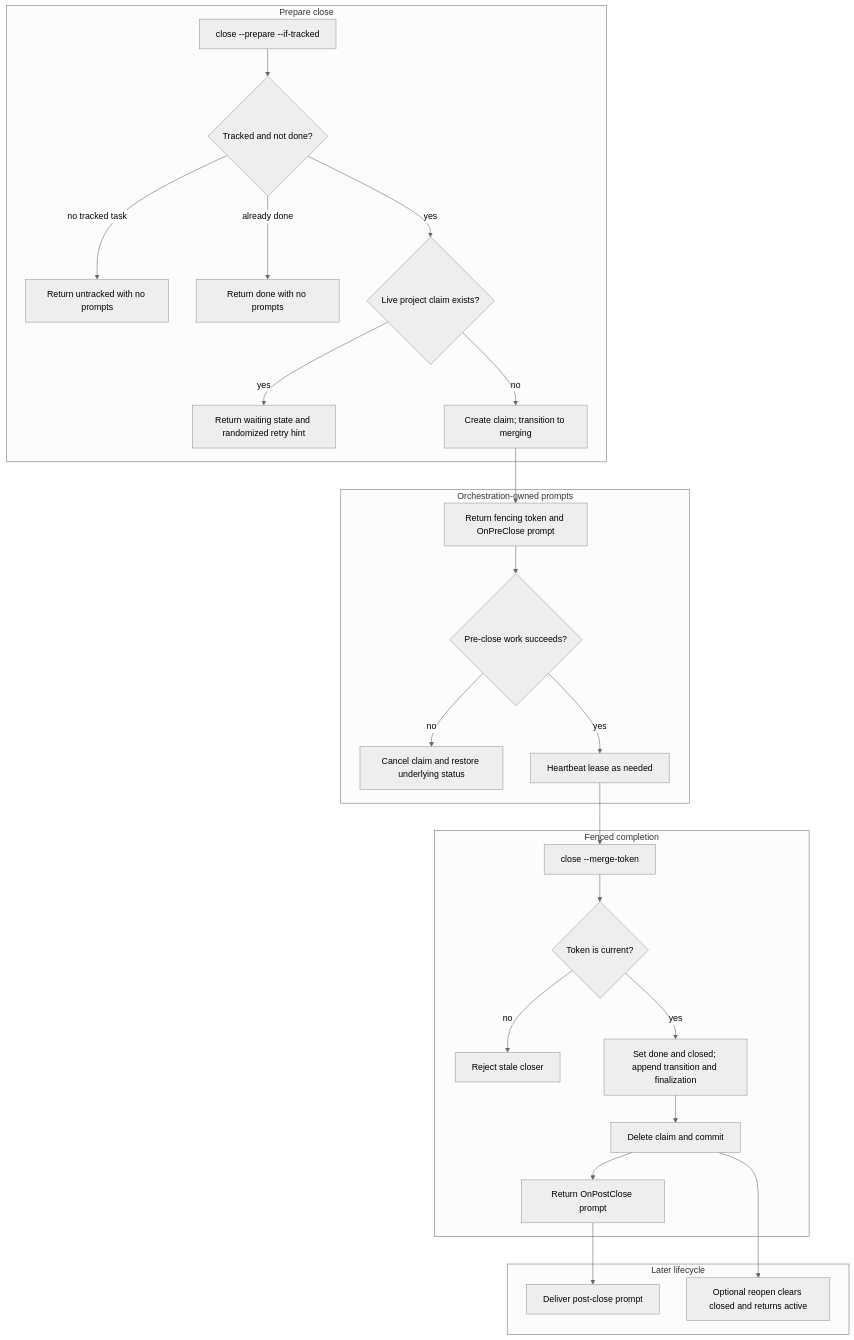
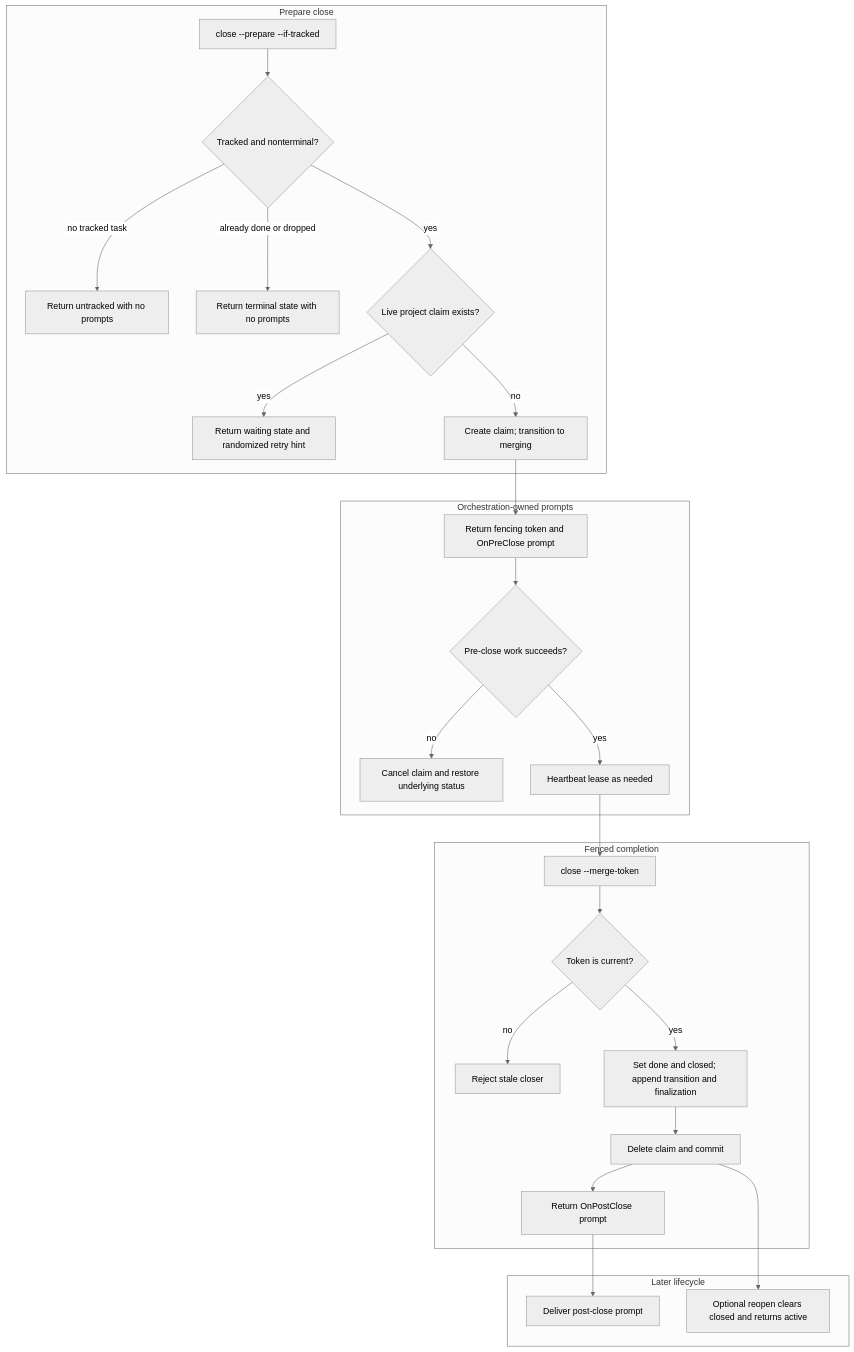
Before and after one commit to kevinslin/skills: the diagram in active/agtask/docs/flows/task-closing.md, drawn with Mermaid (neutral theme). The commit also changed other lines of this file and 15 other files, not shown here.

````diff
--- a/active/agtask/docs/flows/task-closing.md
+++ b/active/agtask/docs/flows/task-closing.md
@@ -24,32 +24,32 @@
 ```mermaid
 graph TD
     subgraph Prepare["Prepare close"]
-        A["close --prepare --if-tracked"] --> B{"Tracked and not done?"}
+        A["close --prepare --if-tracked"] --> B{"Tracked and nonterminal?"}
         B -->|no tracked task| C["Return untracked with no prompts"]
-        B -->|already done| D["Return done with no prompts"]
+        B -->|already done or dropped| D["Return terminal state with no prompts"]
         B -->|yes| E{"Live project claim exists?"}
         E -->|yes| F["Return waiting state and randomized retry hint"]
         E -->|no| G["Create claim; transition to merging"]
     end
 
     subgraph Hooks["Orchestration-owned prompts"]
         G --> H["Return fencing token and OnPreClose prompt"]
         H --> I{"Pre-close work succeeds?"}
         I -->|no| J["Cancel claim and restore underlying status"]
         I -->|yes| K["Heartbeat lease as needed"]
     end
 
     subgraph Commit["Fenced completion"]
         K --> L["close --merge-token"]
         L --> M{"Token is current?"}
         M -->|no| N["Reject stale closer"]
         M -->|yes| O["Set done and closed; append transition and finalization"]
         O --> P["Delete claim and commit"]
         P --> Q["Return OnPostClose prompt"]
     end
 
     subgraph Later["Later lifecycle"]
         Q --> R["Deliver post-close prompt"]
         P --> S["Optional reopen clears closed and returns active"]
     end
 ```
````
